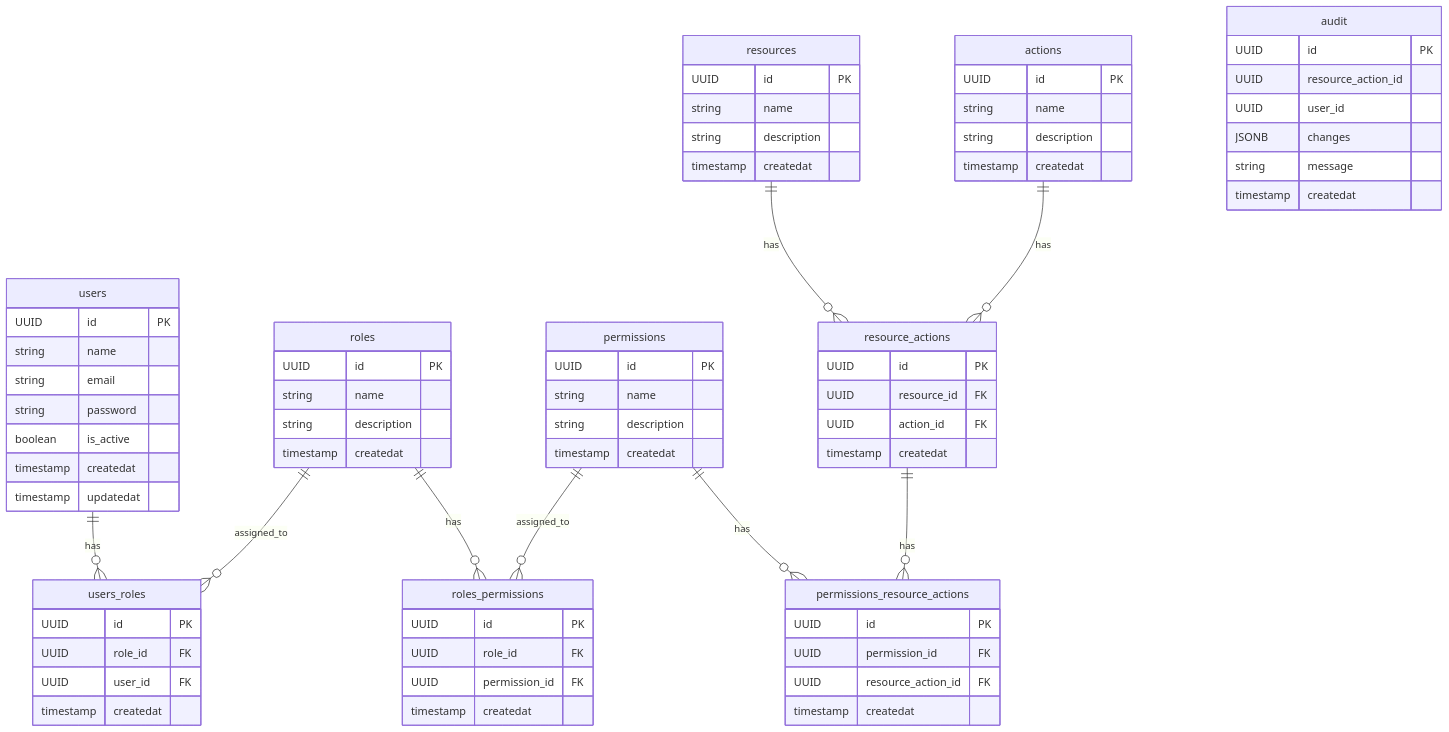
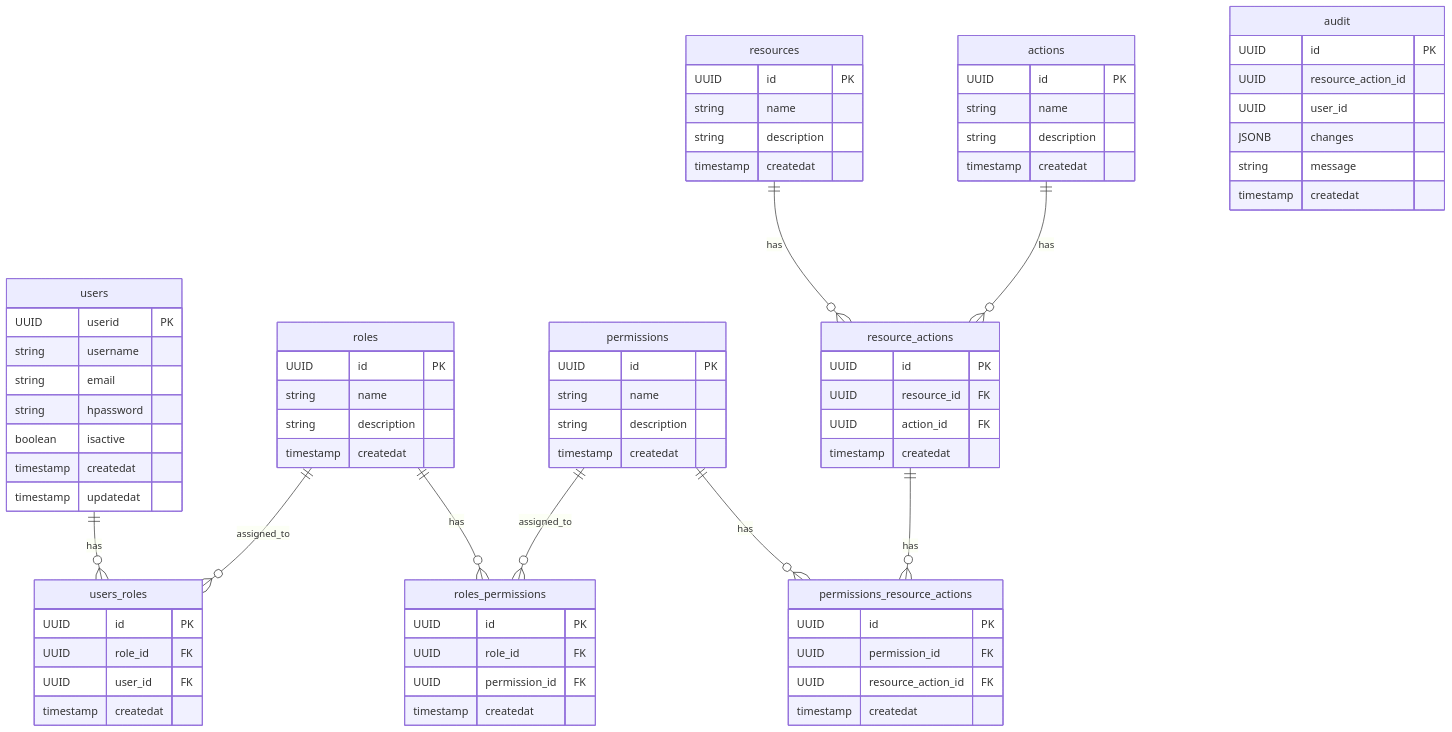
The diagram in README.md (0xhunterkiller/berry), drawn with Mermaid before and after one commit. The commit also changed 1 other file, not shown here.

Commit message:
schema changes (ph3)

```diff
--- a/README.md
+++ b/README.md
@@ -43,11 +43,11 @@
     }
 
     users {
-        UUID id PK
-        string name
+        UUID userid PK
+        string username
         string email
-        string password
-        boolean is_active
+        string hpassword
+        boolean isactive
         timestamp createdat
         timestamp updatedat
     }
```
